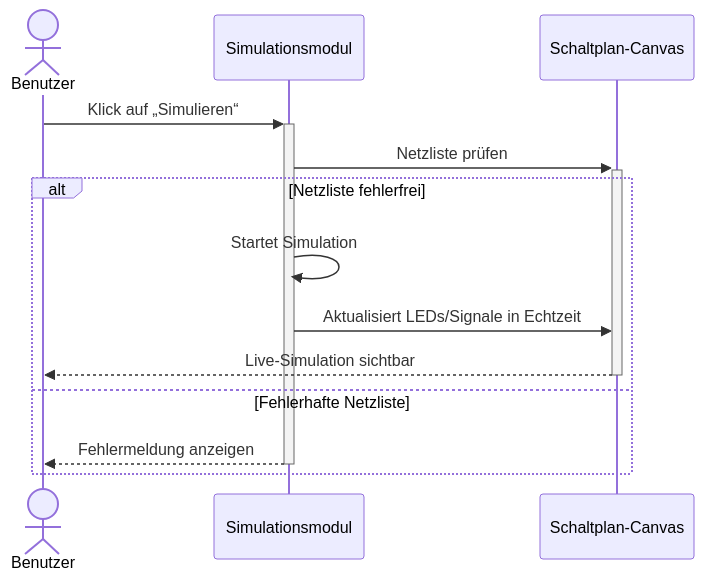
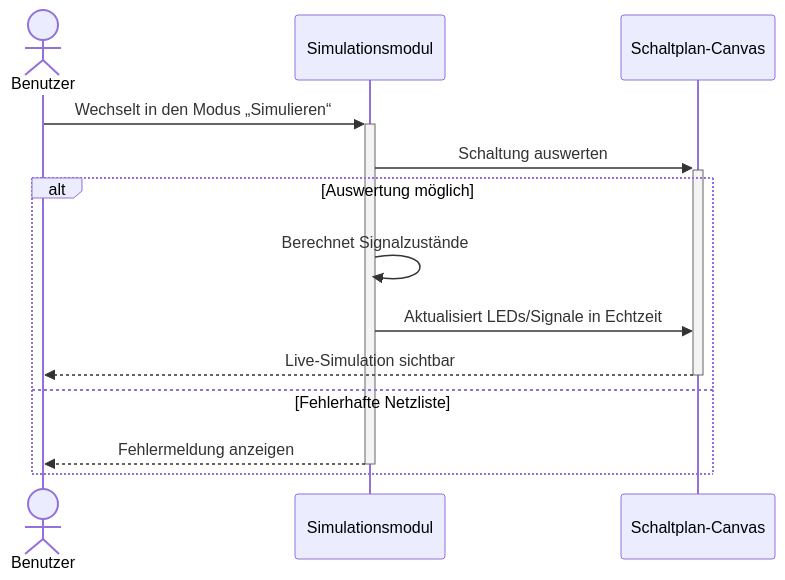
Diagram 26 of 43 in docs/use_cases/software_requirements_specification.md (BitFlow-DHBW/BitFlow), drawn with Mermaid before and after one commit. The commit also changed other lines of this file and 9 other files, not shown here.

````diff
--- a/docs/use_cases/software_requirements_specification.md
+++ b/docs/use_cases/software_requirements_specification.md
@@ -828,16 +885,16 @@
 ```mermaid
 sequenceDiagram
     actor Benutzer
     participant System as Simulationsmodul
     participant Canvas as Schaltplan-Canvas
 
-    Benutzer ->>+ System: Klick auf „Simulieren“
-    System ->>+ Canvas: Netzliste prüfen
-    alt Netzliste fehlerfrei
-        System ->> System: Startet Simulation
+    Benutzer ->>+ System: Wechselt in den Modus „Simulieren“
+    System ->>+ Canvas: Schaltung auswerten
+    alt Auswertung möglich
+        System ->> System: Berechnet Signalzustände
         System ->> Canvas: Aktualisiert LEDs/Signale in Echtzeit
         Canvas -->>- Benutzer: Live-Simulation sichtbar
     else Fehlerhafte Netzliste
         System -->>- Benutzer: Fehlermeldung anzeigen
     end
 ```
````
